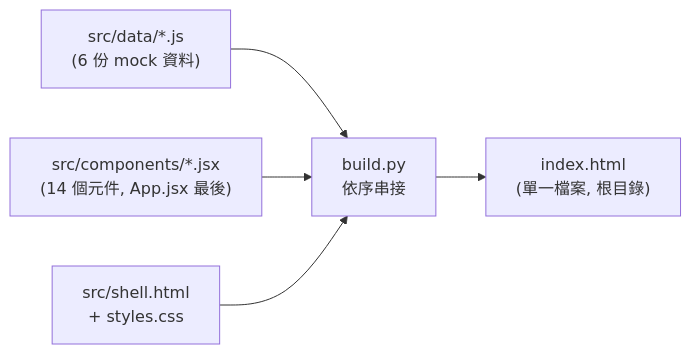
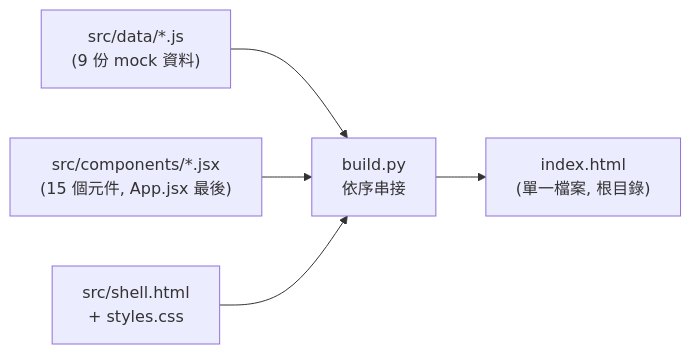
The diagram in brain/entities/architecture.md (johnny-ho/Agent-Portal), drawn with Mermaid before and after one commit. The commit also changed other lines of this file and 13 other files, not shown here.

````diff
--- a/brain/entities/architecture.md
+++ b/brain/entities/architecture.md
@@ -17,7 +17,7 @@
 ```mermaid
 flowchart LR
-    D["src/data/*.js<br/>(6 份 mock 資料)"] --> B[build.py<br/>依序串接]
-    C["src/components/*.jsx<br/>(14 個元件, App.jsx 最後)"] --> B
+    D["src/data/*.js<br/>(9 份 mock 資料)"] --> B[build.py<br/>依序串接]
+    C["src/components/*.jsx<br/>(15 個元件, App.jsx 最後)"] --> B
     S[src/shell.html<br/>+ styles.css] --> B
     B --> O["index.html<br/>(單一檔案, 根目錄)"]
 ```
````
